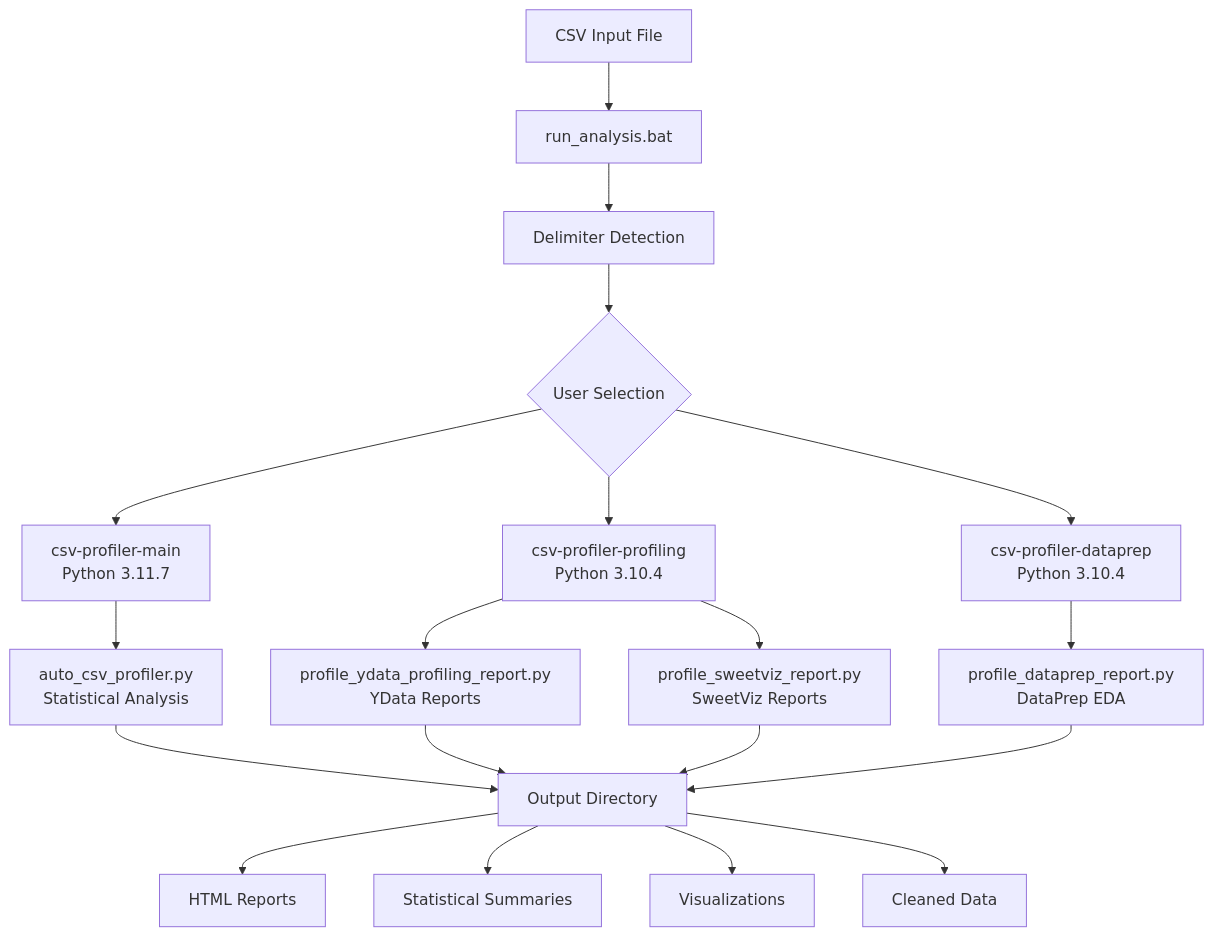
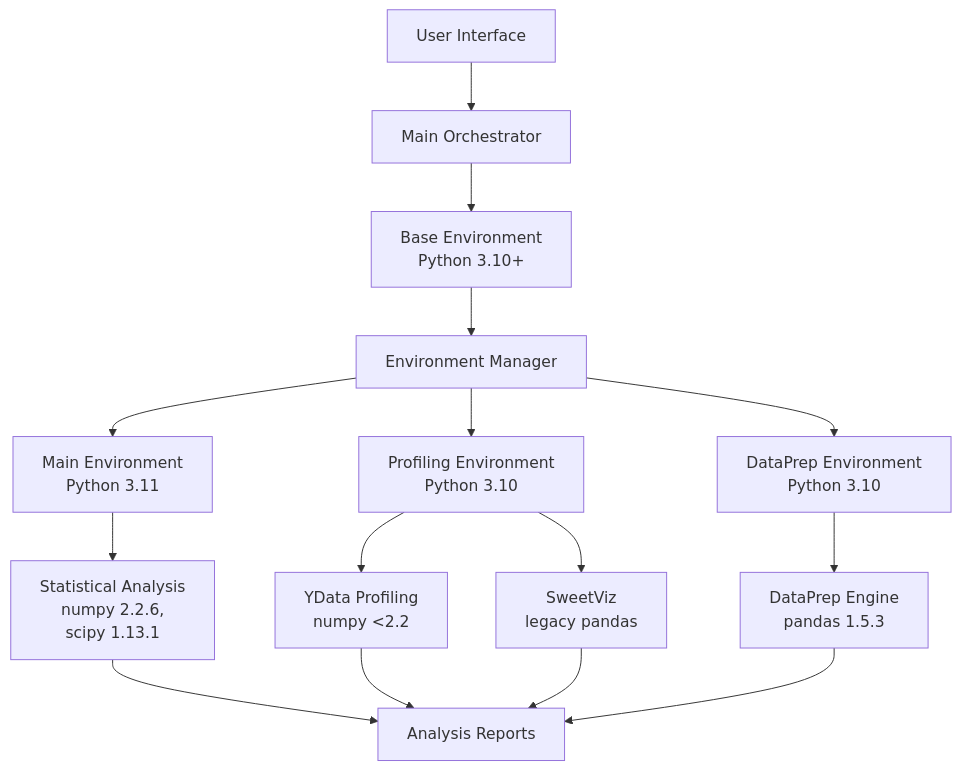
The diagram in README.md (dhaneshbb/autocsv-profiler-suite), drawn with Mermaid before and after one commit. The commit also changed other lines of this file and 182 other files, not shown here.

First line of the commit message:
Release AutoCSV Profiler Suite v2.0.0

````diff
--- a/README.md
+++ b/README.md
@@ -42,25 +116,20 @@
 ```mermaid
-graph TB
-    A[CSV Input File] --> B[run_analysis.bat]
-    B --> C[Delimiter Detection]
-    C --> D{User Selection}
-    
-    D --> E[csv-profiler-main<br/>Python 3.11.7]
-    D --> F[csv-profiler-profiling<br/>Python 3.10.4]
-    D --> G[csv-profiler-dataprep<br/>Python 3.10.4]
-    
-    E --> H[auto_csv_profiler.py<br/>Statistical Analysis]
-    F --> I[profile_ydata_profiling_report.py<br/>YData Reports]
-    F --> J[profile_sweetviz_report.py<br/>SweetViz Reports]
-    G --> K[profile_dataprep_report.py<br/>DataPrep EDA]
-    
-    H --> L[Output Directory]
+graph TD
+    A[User Interface] --> B[Main Orchestrator]
+    B --> C[Base Environment<br/>Python 3.10+]
+    C --> D[Environment Manager]
+    D --> E[Main Environment<br/>Python 3.11]
+    D --> F[Profiling Environment<br/>Python 3.10]
+    D --> G[DataPrep Environment<br/>Python 3.10]
+
+    E --> H[Statistical Analysis<br/>numpy 2.2.6,
+scipy 1.13.1]
+    F --> I[YData Profiling<br/>numpy <2.2]
+    F --> J[SweetViz<br/>legacy pandas]
+    G --> K[DataPrep Engine<br/>pandas 1.5.3]
+
+    H --> L[Analysis Reports]
     I --> L
     J --> L
     K --> L
-    
-    L --> M[HTML Reports]
-    L --> N[Statistical Summaries]
-    L --> O[Visualizations]
-    L --> P[Cleaned Data]
 ```
````
